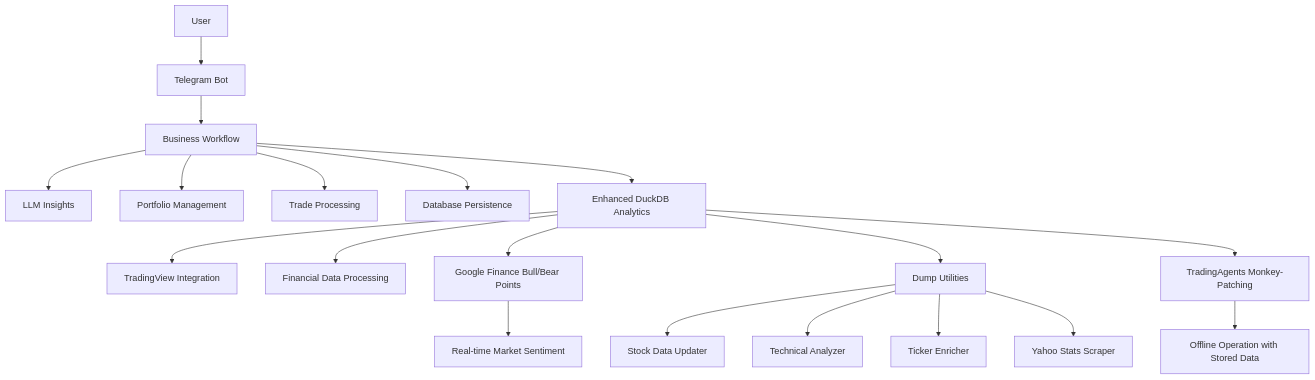
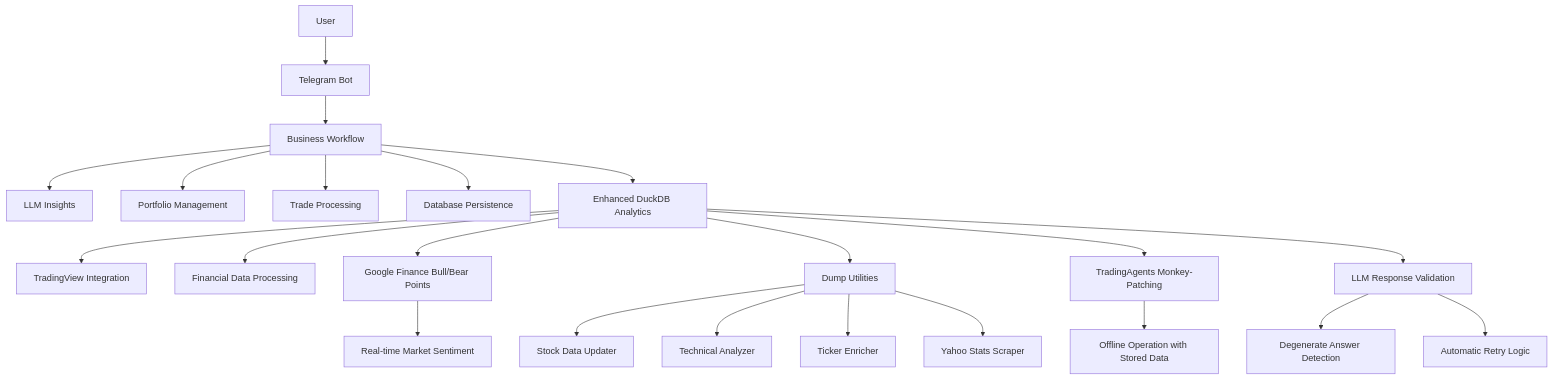
One commit to ZengSeng/telegram-bot changed diagram 12 of 13 in .qoder/repowiki/en/content/Core Components/Analysis Framework.md. Above: the diagram before and after it, drawn with Mermaid. The commit also changed other lines of this file and 15 other files, not shown here.

````diff
--- a/.qoder/repowiki/en/content/Core Components/Analysis Framework.md
+++ b/.qoder/repowiki/en/content/Core Components/Analysis Framework.md
@@ -598,21 +630,24 @@
 ```mermaid
 graph TB
 User["User"] --> Telegram["Telegram Bot"]
 Telegram --> Workflow["Business Workflow"]
 Workflow --> AI["LLM Insights"]
 Workflow --> Portfolio["Portfolio Management"]
 Workflow --> Trades["Trade Processing"]
 Workflow --> Storage["Database Persistence"]
 Workflow --> EnhancedAnalytics["Enhanced DuckDB Analytics"]
 EnhancedAnalytics --> TradingView["TradingView Integration"]
 EnhancedAnalytics --> FinancialData["Financial Data Processing"]
 EnhancedAnalytics --> GoogleFinance["Google Finance Bull/Bear Points"]
 EnhancedAnalytics --> DumpUtilities["Dump Utilities"]
 EnhancedAnalytics --> TradingAgents["TradingAgents Monkey-Patching"]
+EnhancedAnalytics --> LLMValidation["LLM Response Validation"]
 TradingAgents --> OfflineOperation["Offline Operation with Stored Data"]
 GoogleFinance --> MarketSentiment["Real-time Market Sentiment"]
 DumpUtilities --> StockDataUpdater["Stock Data Updater"]
 DumpUtilities --> TechnicalAnalyzer["Technical Analyzer"]
 DumpUtilities --> TickerEnricher["Ticker Enricher"]
 DumpUtilities --> YahooScraper["Yahoo Stats Scraper"]
+LLMValidation --> DegenerateDetection["Degenerate Answer Detection"]
+LLMValidation --> RetryLogic["Automatic Retry Logic"]
 ```
````
